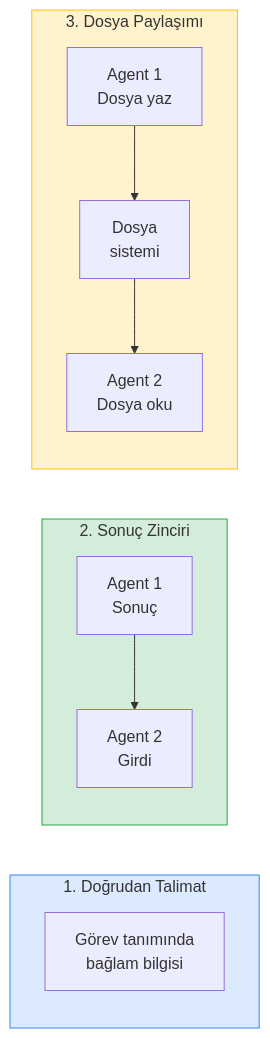
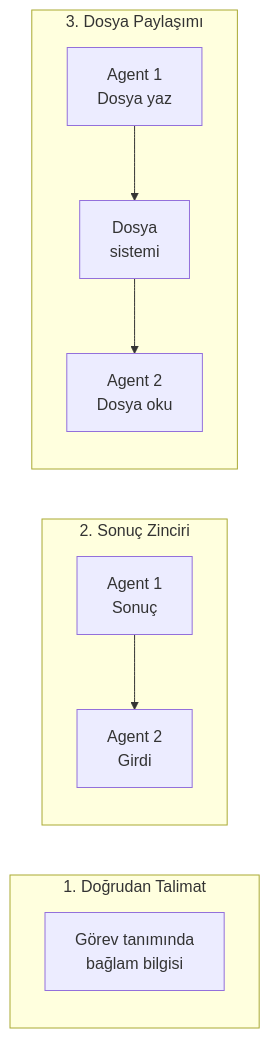
One commit to IzzetYasinAtes/ClaudeCodeHandbook changed the fifth of 7 diagrams in 13-subagentlar-ve-agent-takimlari/05-agent-tool-kullanimi.md. Above: the diagram before and after it, drawn with Mermaid. The commit also changed other lines of this file and 97 other files, not shown here.

Commit message:
Remove all custom Mermaid style/fill colors from 98 markdown files for consistent dark theme rendering

````diff
--- a/13-subagentlar-ve-agent-takimlari/05-agent-tool-kullanimi.md
+++ b/13-subagentlar-ve-agent-takimlari/05-agent-tool-kullanimi.md
@@ -459,18 +454,15 @@
 ```mermaid
 flowchart LR
     subgraph direct ["1. Doğrudan Talimat"]
         D1["Görev tanımında<br/>bağlam bilgisi"]
     end
 
     subgraph chain ["2. Sonuç Zinciri"]
         C1["Agent 1<br/>Sonuç"] --> C2["Agent 2<br/>Girdi"]
     end
 
     subgraph file ["3. Dosya Paylaşımı"]
         F1["Agent 1<br/>Dosya yaz"] --> F2["Dosya<br/>sistemi"] --> F3["Agent 2<br/>Dosya oku"]
     end
 
-    style direct fill:#dbeafe,stroke:#3b82f6
-    style chain fill:#d4edda,stroke:#28a745
-    style file fill:#fff3cd,stroke:#ffc107
 ```
````
